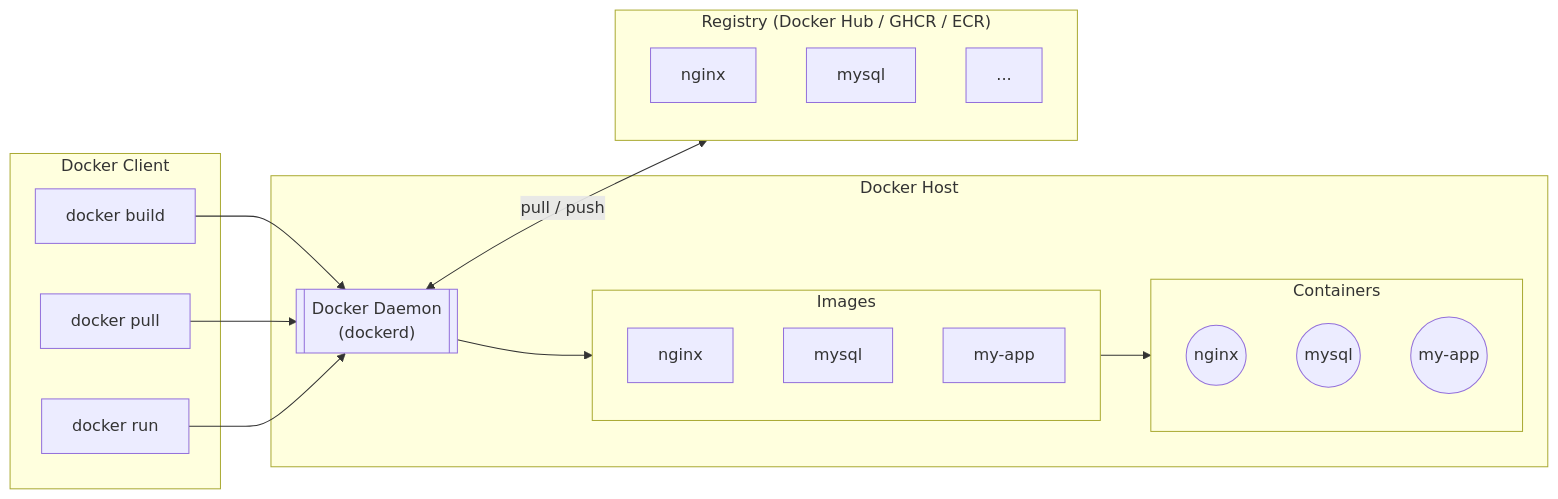
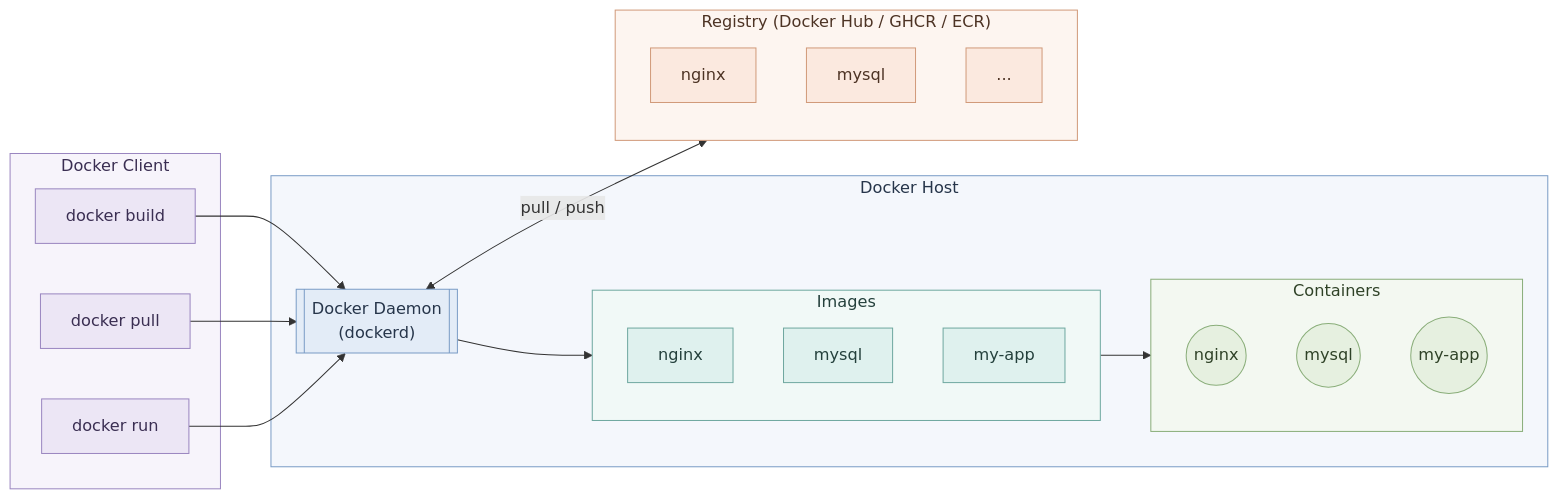
The third of 10 diagrams in Docker101.md (saurabhchachre013/docker101), drawn with Mermaid before and after one commit. The commit also changed other lines of this file and 2 other files, not shown here.

Commit message:
flask app with dockerfile

````diff
--- a/Docker101.md
+++ b/Docker101.md
@@ -111,35 +134,51 @@
 ```mermaid
 flowchart LR
     subgraph Client["Docker Client"]
         C1["docker build"]
         C2["docker pull"]
         C3["docker run"]
     end
 
     subgraph Host["Docker Host"]
         DM[["Docker Daemon<br/>(dockerd)"]]
         subgraph Images
-            IM1[nginx]
-            IM2[mysql]
-            IM3[my-app]
+            IM1["nginx"]
+            IM2["mysql"]
+            IM3["my-app"]
         end
         subgraph Containers
-            CT1((nginx))
-            CT2((mysql))
-            CT3((my-app))
+            CT1(("nginx"))
+            CT2(("mysql"))
+            CT3(("my-app"))
         end
         DM --> Images
         Images --> Containers
     end
 
     subgraph Registry["Registry (Docker Hub / GHCR / ECR)"]
-        R1[nginx]
-        R2[mysql]
-        R3[...]
+        R1["nginx"]
+        R2["mysql"]
+        R3["..."]
     end
 
     C1 --> DM
     C2 --> DM
     C3 --> DM
     DM <-- "pull / push" --> Registry
+
+    classDef client fill:#ECE6F5,stroke:#9A86C0,color:#3A2E52
+    classDef engine fill:#E3ECF7,stroke:#7A9CC6,color:#26354A
+    classDef image fill:#DFF1EE,stroke:#6FA8A0,color:#24403C
+    classDef container fill:#E6F0E0,stroke:#8AAE7A,color:#2F4227
+    classDef registry fill:#FBE9DF,stroke:#D19A7A,color:#4D3324
+    class C1,C2,C3 client
+    class DM engine
+    class IM1,IM2,IM3 image
+    class CT1,CT2,CT3 container
+    class R1,R2,R3 registry
+    style Client fill:#F7F4FB,stroke:#9A86C0,color:#3A2E52
+    style Host fill:#F4F7FC,stroke:#7A9CC6,color:#26354A
+    style Images fill:#F1F9F7,stroke:#6FA8A0,color:#24403C
+    style Containers fill:#F3F8F1,stroke:#8AAE7A,color:#2F4227
+    style Registry fill:#FDF5F0,stroke:#D19A7A,color:#4D3324
 ```
````
